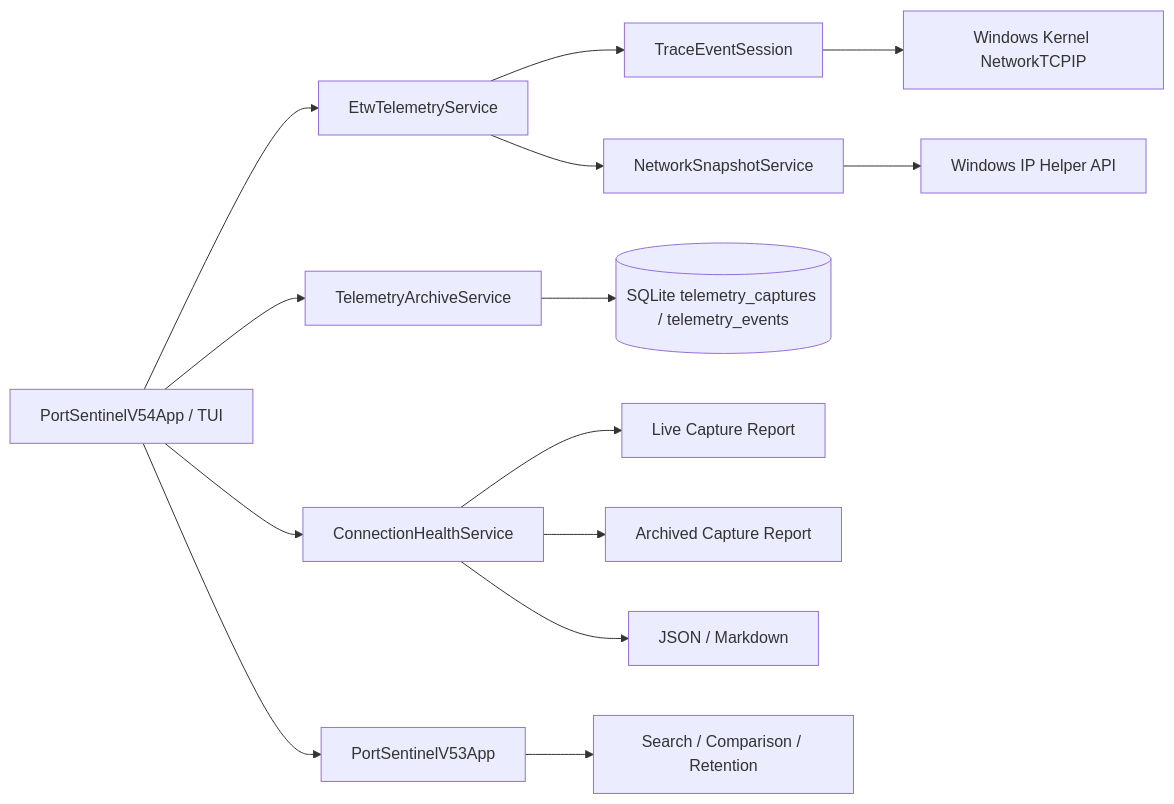
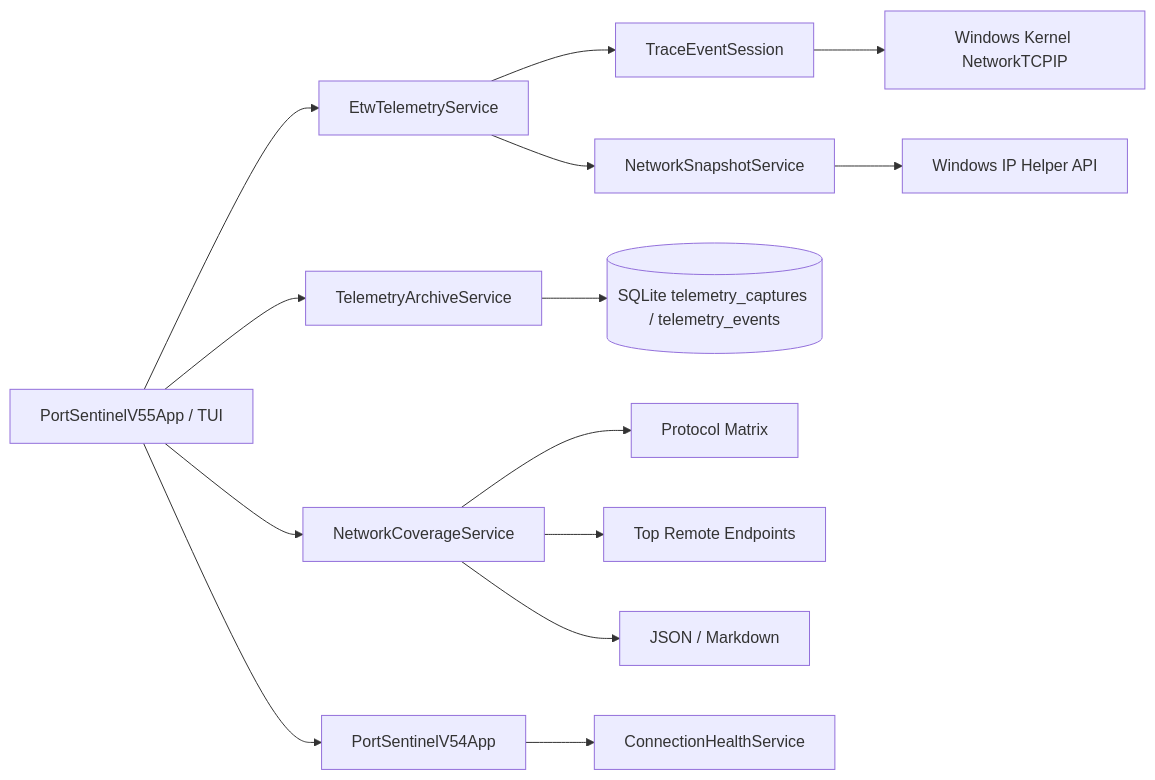
One commit to Onmaynec/PortSentinel changed the diagram in docs/ARCHITECTURE.md. Above: the diagram before and after it, drawn with Mermaid. The commit also changed other lines of this file, not shown here.

Commit message:
Document v0.5.5 architecture

````diff
--- a/docs/ARCHITECTURE.md
+++ b/docs/ARCHITECTURE.md
@@ -5,16 +5,16 @@
 ```mermaid
 flowchart LR
-    UI[PortSentinelV54App / TUI] --> ETW[EtwTelemetryService]
+    UI[PortSentinelV55App / TUI] --> ETW[EtwTelemetryService]
     ETW --> TRACE[TraceEventSession]
     TRACE --> KERNEL[Windows Kernel NetworkTCPIP]
     ETW --> FALLBACK[NetworkSnapshotService]
     FALLBACK --> IPH[Windows IP Helper API]
     UI --> ARCHIVE[TelemetryArchiveService]
     ARCHIVE --> DB[(SQLite telemetry_captures / telemetry_events)]
-    UI --> HEALTH[ConnectionHealthService]
-    HEALTH --> LIVE[Live Capture Report]
-    HEALTH --> SAVED[Archived Capture Report]
-    HEALTH --> REPORTS[JSON / Markdown]
-    UI --> V53[PortSentinelV53App]
-    V53 --> OPS[Search / Comparison / Retention]
+    UI --> COVERAGE[NetworkCoverageService]
+    COVERAGE --> MATRIX[Protocol Matrix]
+    COVERAGE --> ENDPOINTS[Top Remote Endpoints]
+    COVERAGE --> REPORTS[JSON / Markdown]
+    UI --> V54[PortSentinelV54App]
+    V54 --> HEALTH[ConnectionHealthService]
 ```
````
